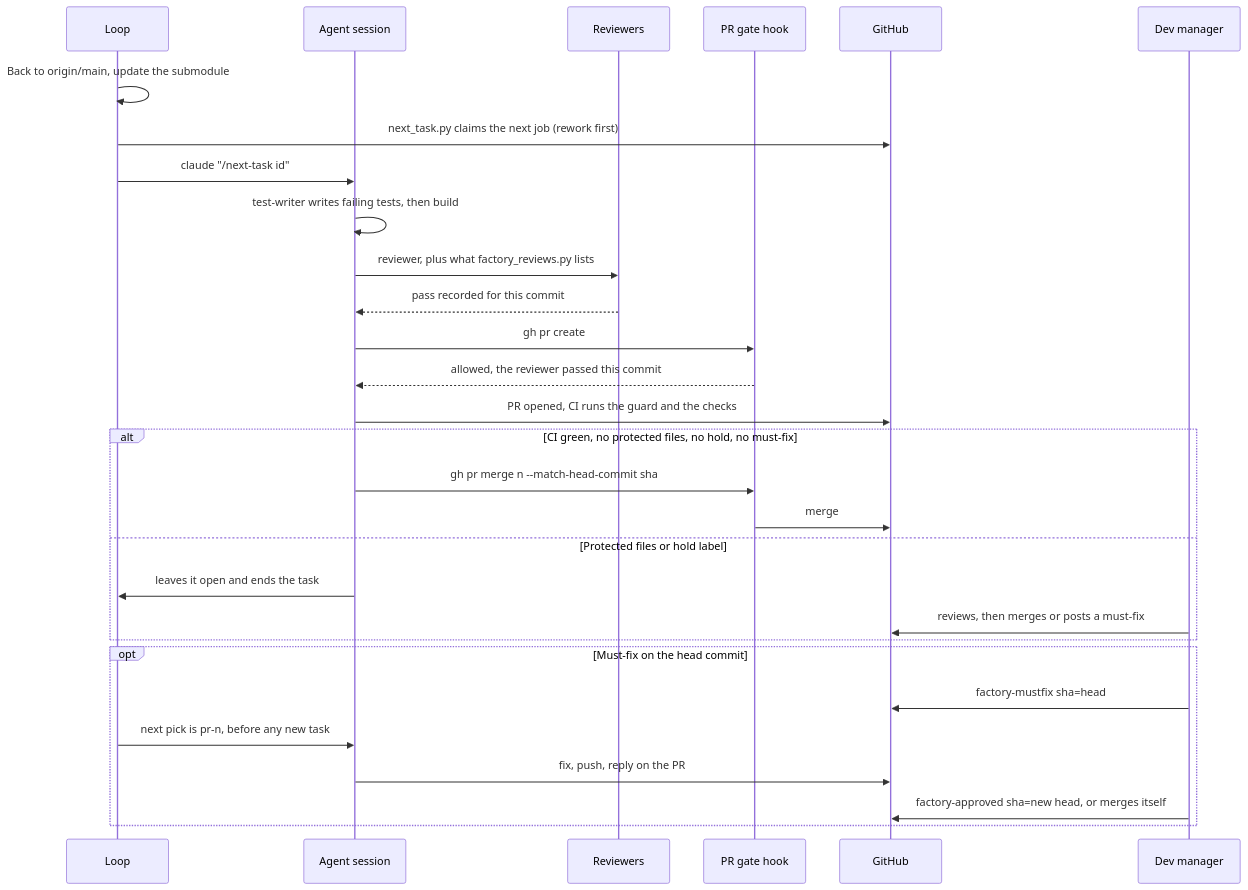
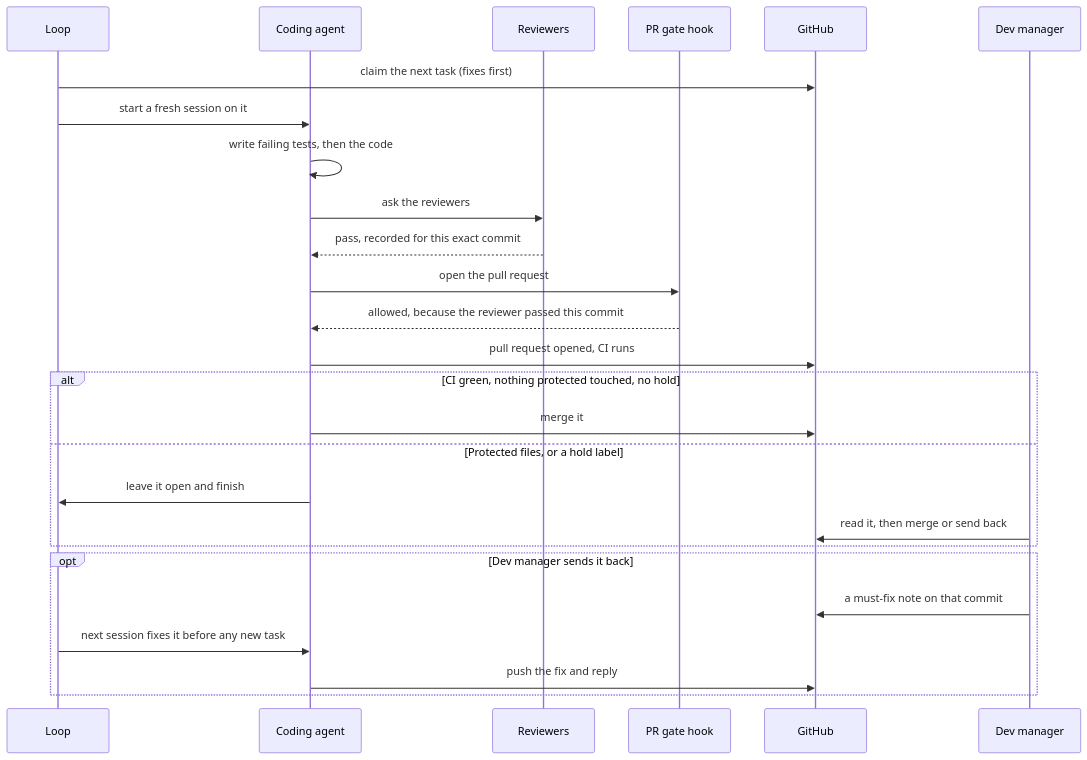
One commit to deresegetachew/my-skills changed the fourth of 7 diagrams in software-factory/README.md. Above: the diagram before and after it, drawn with Mermaid. The commit also changed other lines of this file, not shown here.

First line of the commit message:
Rewrite the factory README opening: the idea, why, roles, one task, the safety layers, with diagrams

````diff
--- a/software-factory/README.md
+++ b/software-factory/README.md
@@ -203,31 +100,28 @@
 ```mermaid
 sequenceDiagram
     participant L as Loop
-    participant A as Agent session
+    participant A as Coding agent
     participant R as Reviewers
     participant G as PR gate hook
     participant H as GitHub
     participant D as Dev manager
-    L->>L: Back to origin/main, update the submodule
-    L->>H: next_task.py claims the next job (rework first)
-    L->>A: claude "/next-task id"
-    A->>A: test-writer writes failing tests, then build
-    A->>R: reviewer, plus what factory_reviews.py lists
-    R-->>A: pass recorded for this commit
-    A->>G: gh pr create
-    G-->>A: allowed, the reviewer passed this commit
-    A->>H: PR opened, CI runs the guard and the checks
-    alt CI green, no protected files, no hold, no must-fix
-        A->>G: gh pr merge n --match-head-commit sha
-        G->>H: merge
-    else Protected files or hold label
-        A->>L: leaves it open and ends the task
-        D->>H: reviews, then merges or posts a must-fix
+    L->>H: claim the next task (fixes first)
+    L->>A: start a fresh session on it
+    A->>A: write failing tests, then the code
+    A->>R: ask the reviewers
+    R-->>A: pass, recorded for this exact commit
+    A->>G: open the pull request
+    G-->>A: allowed, because the reviewer passed this commit
+    A->>H: pull request opened, CI runs
+    alt CI green, nothing protected touched, no hold
+        A->>H: merge it
+    else Protected files, or a hold label
+        A->>L: leave it open and finish
+        D->>H: read it, then merge or send back
     end
-    opt Must-fix on the head commit
-        D->>H: factory-mustfix sha=head
-        L->>A: next pick is pr-n, before any new task
-        A->>H: fix, push, reply on the PR
-        D->>H: factory-approved sha=new head, or merges itself
+    opt Dev manager sends it back
+        D->>H: a must-fix note on that commit
+        L->>A: next session fixes it before any new task
+        A->>H: push the fix and reply
     end
 ```
````
